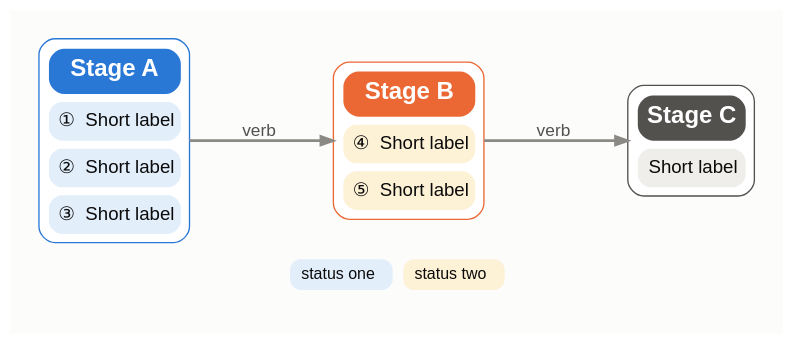
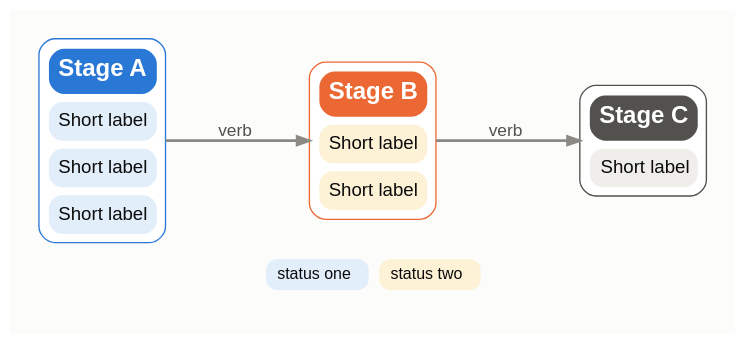
The diagram in humanize/references/card-diagram.dot (anshulverma/skills), drawn with Graphviz before and after one commit. The commit also changed 9 other files, not shown here.

```diff
--- a/humanize/references/card-diagram.dot
+++ b/humanize/references/card-diagram.dot
@@ -1,38 +1,38 @@
 // Card-style flow infographic for humanize. Copy it, rename the stages and badges, keep the styling.
 // Render: dot -Tpng -Gdpi=170 card-diagram.dot -o figure-N.png, then look at the PNG.
-// Badge text stays within about 4 words; the caption explains each numbered marker.
+// Label each element in place, at most about 4 words; no numbered markers for the caption to decode.
 digraph G {
   graph [rankdir=LR, bgcolor="#fcfcfb", pad=0.3, nodesep=0.5, ranksep=0.9, fontname="Liberation Sans", labelloc=b, label=<<TABLE BORDER="0" CELLSPACING="8" CELLPADDING="5">
       <TR>
         <TD BGCOLOR="#e3eefb" STYLE="rounded"><FONT POINT-SIZE="12" COLOR="#0b0b0b">  status one  </FONT></TD>
         <TD BGCOLOR="#fdf1d6" STYLE="rounded"><FONT POINT-SIZE="12" COLOR="#0b0b0b">  status two  </FONT></TD>
       </TR>
     </TABLE>>];
   node  [shape=plain, fontname="Liberation Sans"];
   edge  [color="#8a8984", penwidth=2, arrowsize=0.9, fontname="Liberation Sans", fontsize=13, fontcolor="#52514e"];
 
   a [label=<
     <TABLE BORDER="1" COLOR="#2a78d6" CELLBORDER="0" CELLSPACING="6" CELLPADDING="7" STYLE="rounded" BGCOLOR="white">
       <TR><TD BGCOLOR="#2a78d6" STYLE="rounded"><FONT COLOR="white" POINT-SIZE="18"><B>Stage A</B></FONT></TD></TR>
-      <TR><TD BGCOLOR="#e3eefb" STYLE="rounded" ALIGN="LEFT"><FONT POINT-SIZE="14" COLOR="#0b0b0b">&#9312;  Short label</FONT></TD></TR>
-      <TR><TD BGCOLOR="#e3eefb" STYLE="rounded" ALIGN="LEFT"><FONT POINT-SIZE="14" COLOR="#0b0b0b">&#9313;  Short label</FONT></TD></TR>
-      <TR><TD BGCOLOR="#e3eefb" STYLE="rounded" ALIGN="LEFT"><FONT POINT-SIZE="14" COLOR="#0b0b0b">&#9314;  Short label</FONT></TD></TR>
+      <TR><TD BGCOLOR="#e3eefb" STYLE="rounded" ALIGN="LEFT"><FONT POINT-SIZE="14" COLOR="#0b0b0b">Short label</FONT></TD></TR>
+      <TR><TD BGCOLOR="#e3eefb" STYLE="rounded" ALIGN="LEFT"><FONT POINT-SIZE="14" COLOR="#0b0b0b">Short label</FONT></TD></TR>
+      <TR><TD BGCOLOR="#e3eefb" STYLE="rounded" ALIGN="LEFT"><FONT POINT-SIZE="14" COLOR="#0b0b0b">Short label</FONT></TD></TR>
     </TABLE>>];
 
   b [label=<
     <TABLE BORDER="1" COLOR="#eb6834" CELLBORDER="0" CELLSPACING="6" CELLPADDING="7" STYLE="rounded" BGCOLOR="white">
       <TR><TD BGCOLOR="#eb6834" STYLE="rounded"><FONT COLOR="white" POINT-SIZE="18"><B>Stage B</B></FONT></TD></TR>
-      <TR><TD BGCOLOR="#fdf1d6" STYLE="rounded" ALIGN="LEFT"><FONT POINT-SIZE="14" COLOR="#0b0b0b">&#9315;  Short label</FONT></TD></TR>
-      <TR><TD BGCOLOR="#fdf1d6" STYLE="rounded" ALIGN="LEFT"><FONT POINT-SIZE="14" COLOR="#0b0b0b">&#9316;  Short label</FONT></TD></TR>
+      <TR><TD BGCOLOR="#fdf1d6" STYLE="rounded" ALIGN="LEFT"><FONT POINT-SIZE="14" COLOR="#0b0b0b">Short label</FONT></TD></TR>
+      <TR><TD BGCOLOR="#fdf1d6" STYLE="rounded" ALIGN="LEFT"><FONT POINT-SIZE="14" COLOR="#0b0b0b">Short label</FONT></TD></TR>
     </TABLE>>];
 
   c [label=<
     <TABLE BORDER="1" COLOR="#52514e" CELLBORDER="0" CELLSPACING="6" CELLPADDING="7" STYLE="rounded" BGCOLOR="white">
       <TR><TD BGCOLOR="#52514e" STYLE="rounded"><FONT COLOR="white" POINT-SIZE="18"><B>Stage C</B></FONT></TD></TR>
       <TR><TD BGCOLOR="#efeeea" STYLE="rounded"><FONT POINT-SIZE="14" COLOR="#0b0b0b">Short label</FONT></TD></TR>
     </TABLE>>];
 
   a -> b [label="  verb  "];
   b -> c   [label="  verb  "];
 
 }
```
